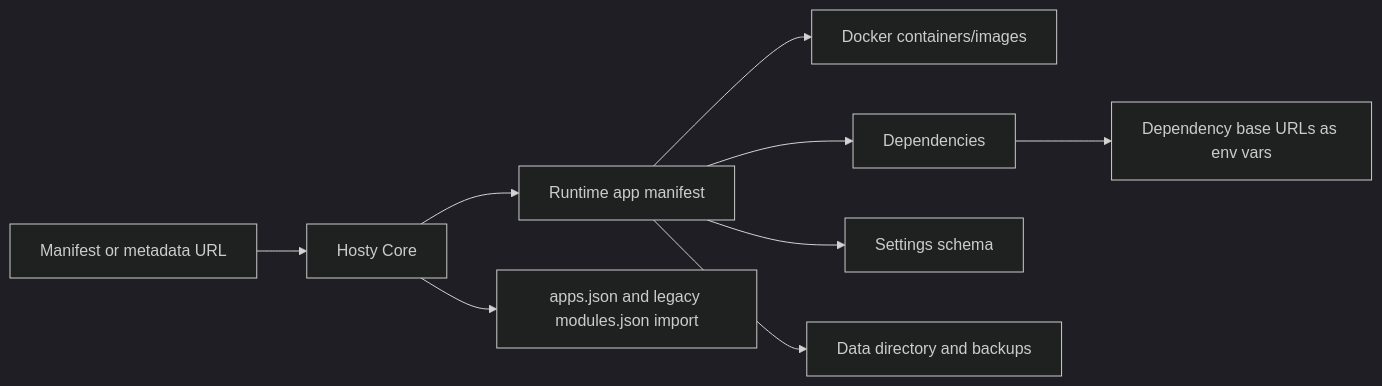
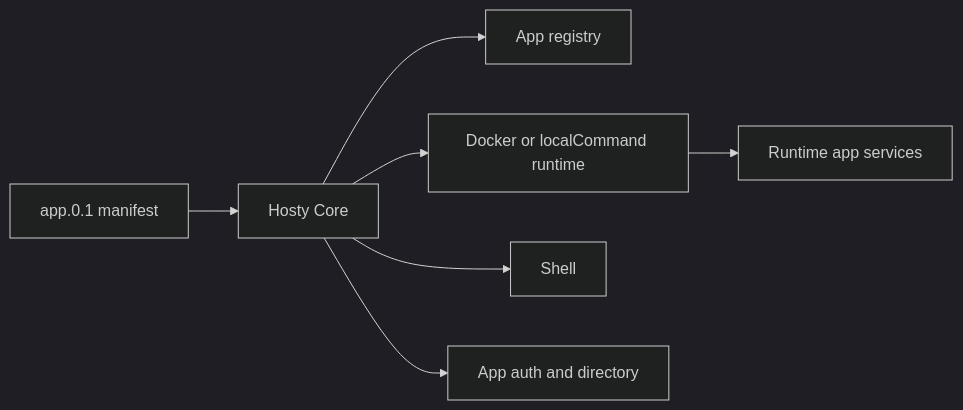
Before and after one commit to alex-de-haas/docker-host: the diagram in docs/root.md, drawn with Mermaid (dark theme). The commit also changed other lines of this file and 100 other files, not shown here.

````diff
--- a/docs/root.md
+++ b/docs/root.md
@@ -13,11 +7,9 @@
 ```mermaid
 flowchart LR
-  A["Manifest or metadata URL"] --> B["Hosty Core"]
-  B --> C["Runtime app manifest"]
-  C --> D["Docker containers/images"]
-  C --> E["Dependencies"]
-  C --> F["Settings schema"]
-  C --> G["Data directory and backups"]
-  E --> I["Dependency base URLs as env vars"]
-  B --> H["apps.json and legacy modules.json import"]
+  A["app.0.1 manifest"] --> B["Hosty Core"]
+  B --> C["App registry"]
+  B --> D["Docker or localCommand runtime"]
+  B --> E["Shell"]
+  B --> F["App auth and directory"]
+  D --> G["Runtime app services"]
 ```
````
